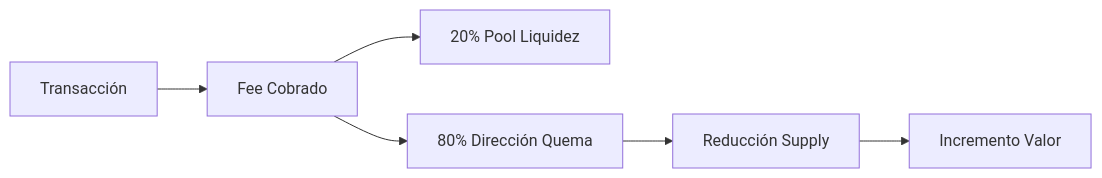
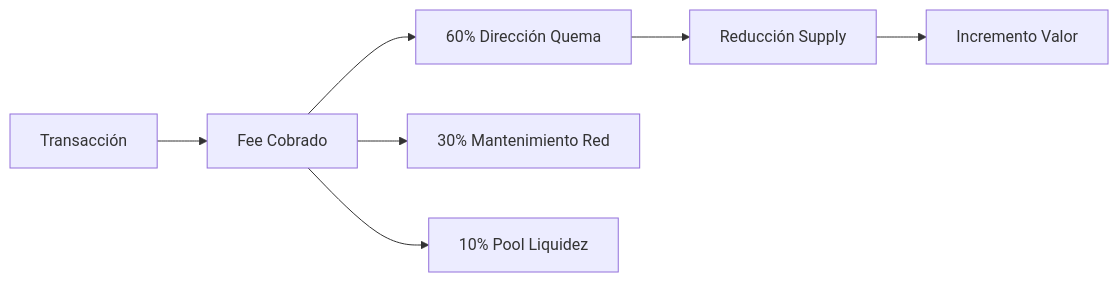
The third of 12 diagrams in docs/Technical_Whitepaper.md (Zollkron/gamerchain), drawn with Mermaid before and after one commit. The commit also changed other lines of this file and 18 other files, not shown here.

````diff
--- a/docs/Technical_Whitepaper.md
+++ b/docs/Technical_Whitepaper.md
@@ -261,8 +375,10 @@
 ```mermaid
 graph LR
     TX[Transacción] --> FEE[Fee Cobrado]
-    FEE --> LIQ[20% Pool Liquidez]
-    FEE --> BURN[80% Dirección Quema]
+    FEE --> BURN[60% Dirección Quema]
+    FEE --> MAINT[30% Mantenimiento Red]
+    FEE --> LIQ[10% Pool Liquidez]
+    
     BURN --> SUPPLY[Reducción Supply]
     SUPPLY --> VALUE[Incremento Valor]
 ```
````
